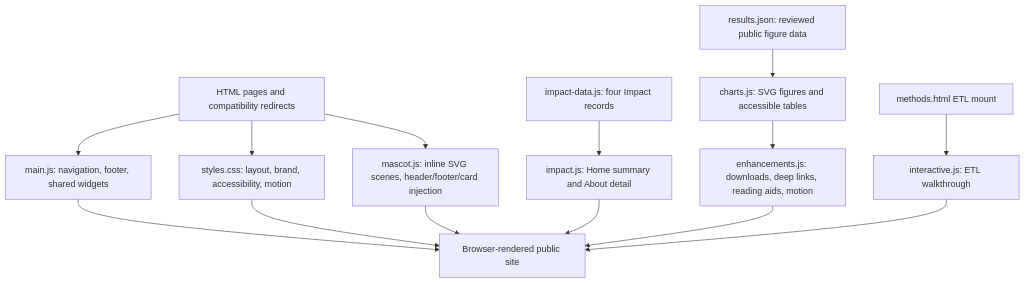
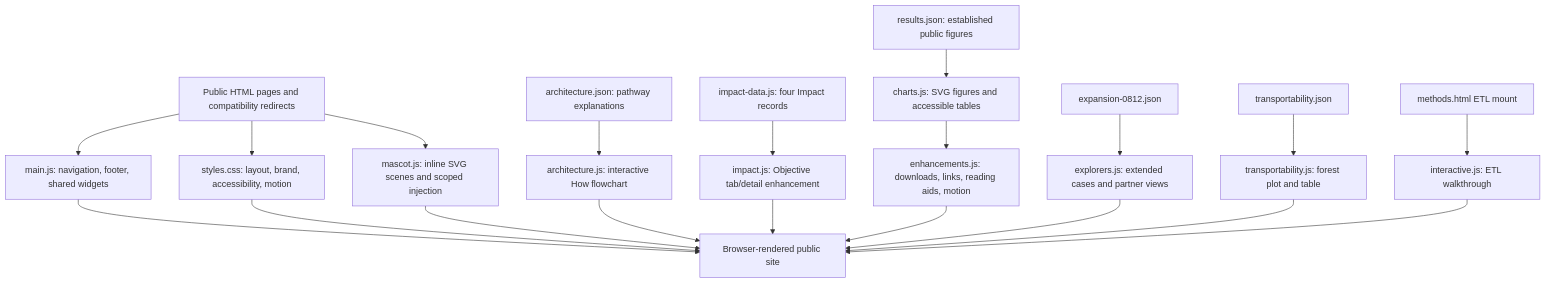
One commit to kiwi710680/impresive-website changed the diagram in docs/HANDOFF_REPORT.md. Above: the diagram before and after it, drawn with Mermaid. The commit also changed other lines of this file and 19 other files, not shown here.

````diff
--- a/docs/HANDOFF_REPORT.md
+++ b/docs/HANDOFF_REPORT.md
@@ -29,16 +31,22 @@
 ```mermaid
 flowchart TD
-    Pages["HTML pages and compatibility redirects"] --> Shell["main.js: navigation, footer, shared widgets"]
+    Pages["Public HTML pages and compatibility redirects"] --> Shell["main.js: navigation, footer, shared widgets"]
     Pages --> Styles["styles.css: layout, brand, accessibility, motion"]
-    ImpactData["impact-data.js: four Impact records"] --> Impact["impact.js: Home summary and About detail"]
-    Results["results.json: reviewed public figure data"] --> Charts["charts.js: SVG figures and accessible tables"]
-    Charts --> Enhancements["enhancements.js: downloads, deep links, reading aids, motion"]
+    ArchitectureData["architecture.json: pathway explanations"] --> Architecture["architecture.js: interactive How flowchart"]
+    ImpactData["impact-data.js: four Impact records"] --> Impact["impact.js: Objective tab/detail enhancement"]
+    Results["results.json: established public figures"] --> Charts["charts.js: SVG figures and accessible tables"]
+    Expansion["expansion-0812.json"] --> Explorers["explorers.js: extended cases and partner views"]
+    TransportData["transportability.json"] --> Transport["transportability.js: forest plot and table"]
+    Charts --> Enhancements["enhancements.js: downloads, links, reading aids, motion"]
     ETL["methods.html ETL mount"] --> Interactive["interactive.js: ETL walkthrough"]
-    Pages --> Mascot["mascot.js: inline SVG scenes, header/footer/card injection"]
+    Pages --> Mascot["mascot.js: inline SVG scenes and scoped injection"]
     Shell --> Browser["Browser-rendered public site"]
     Styles --> Browser
+    Architecture --> Browser
     Impact --> Browser
+    Explorers --> Browser
+    Transport --> Browser
     Enhancements --> Browser
     Interactive --> Browser
     Mascot --> Browser
 ```
````
